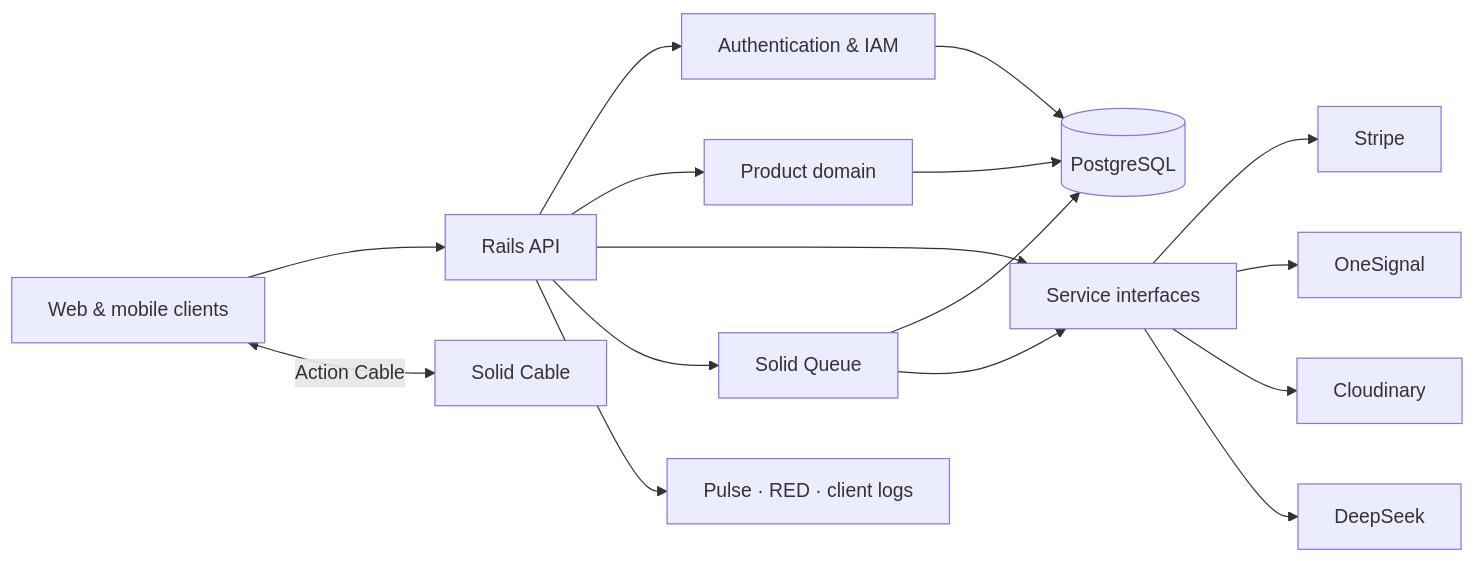
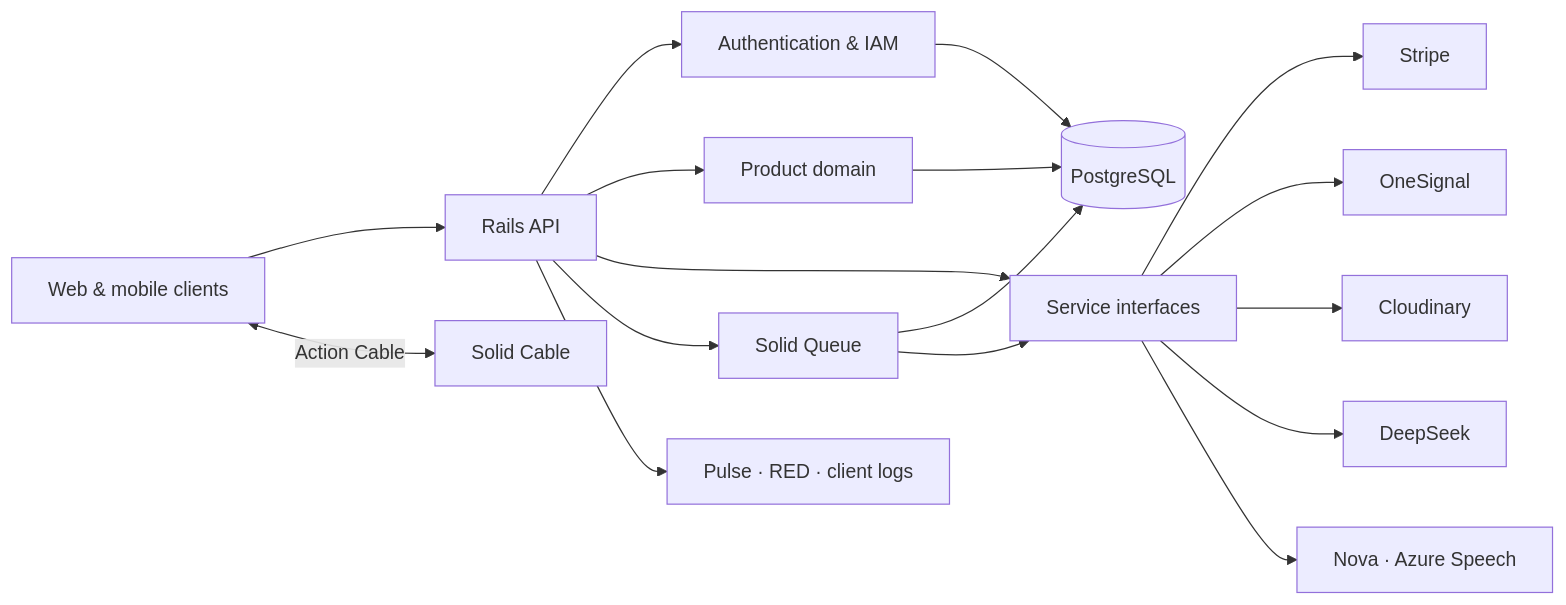
The diagram in README.md (rex-9/rexone-core), drawn with Mermaid before and after one commit. The commit also changed other lines of this file and 21 other files, not shown here.

````diff
--- a/README.md
+++ b/README.md
@@ -91,22 +91,23 @@
 ```mermaid
 flowchart LR
     Clients[Web & mobile clients] --> API[Rails API]
     Clients <-->|Action Cable| Realtime[Solid Cable]
 
     API --> Auth[Authentication & IAM]
     API --> Domain[Product domain]
     API --> Services[Service interfaces]
     API --> Jobs[Solid Queue]
 
     Domain --> PostgreSQL[(PostgreSQL)]
     Auth --> PostgreSQL
     Jobs --> PostgreSQL
 
     Services --> Stripe[Stripe]
     Services --> OneSignal[OneSignal]
     Services --> Cloudinary[Cloudinary]
     Services --> DeepSeek[DeepSeek]
+    Services --> Speech[Nova · Azure Speech]
 
     Jobs --> Services
     API --> Observability[Pulse · RED · client logs]
 ```
````
